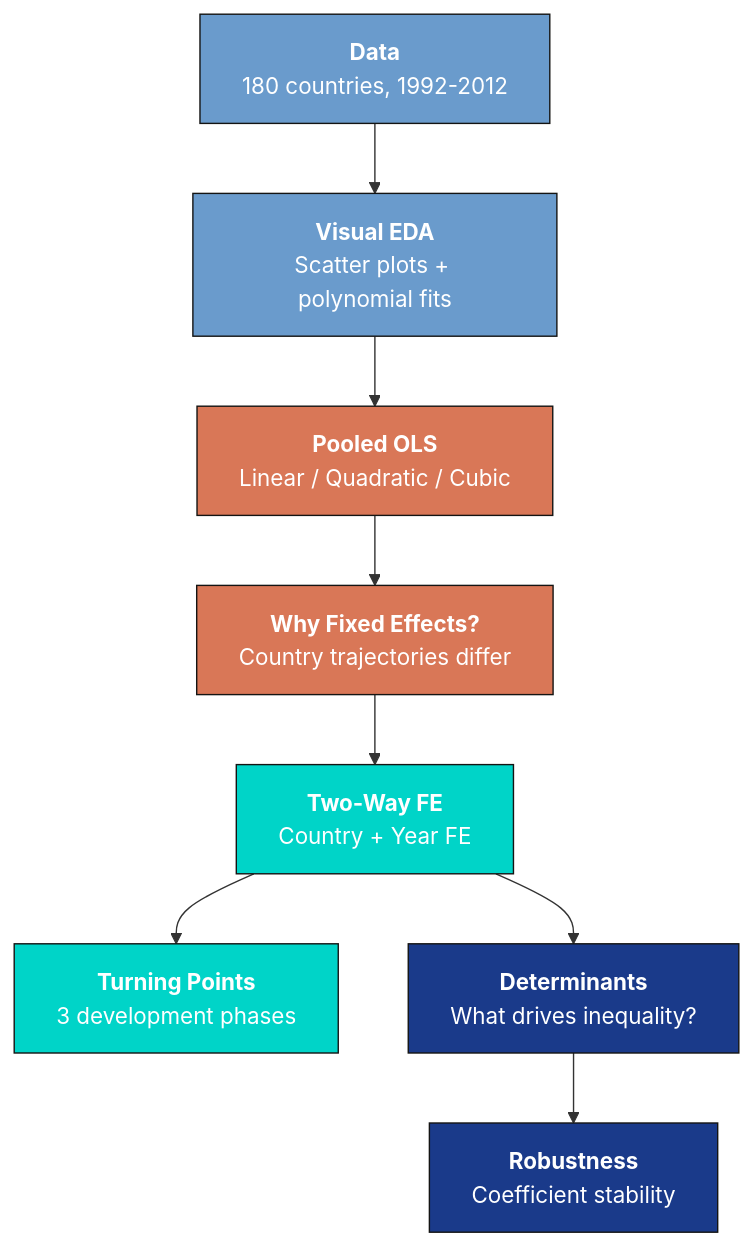
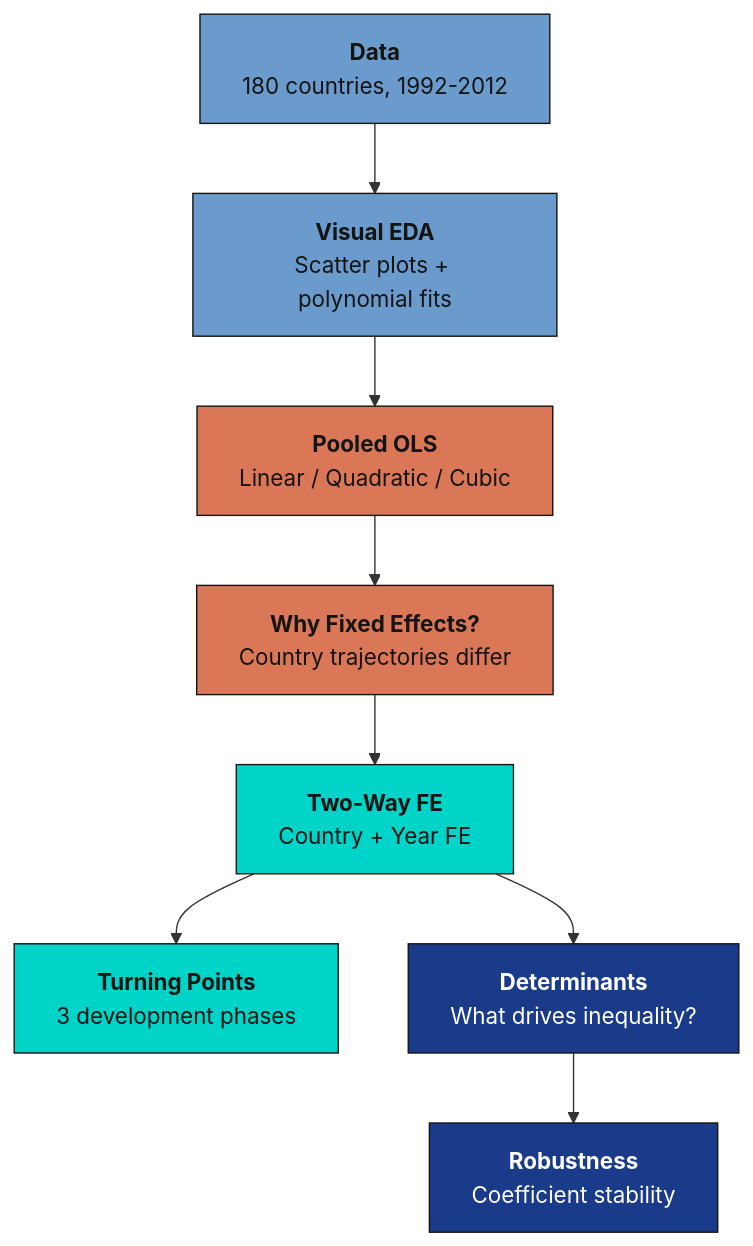
Before and after one commit to cmg777/starter-academic-v501: the diagram in content/post/python_fe_kuznets/index.md, drawn with Mermaid. The commit also changed 67 other files, not shown here.

First line of the commit message:
fix(mermaid): readable diagram text in both themes across the site

````diff
--- a/content/post/python_fe_kuznets/index.md
+++ b/content/post/python_fe_kuznets/index.md
@@ -85,18 +85,18 @@
 ```mermaid
 graph TD
     A["<b>Data</b><br/>180 countries, 1992-2012"] --> B["<b>Visual EDA</b><br/>Scatter plots + polynomial fits"]
     B --> C["<b>Pooled OLS</b><br/>Linear / Quadratic / Cubic"]
     C --> D["<b>Why Fixed Effects?</b><br/>Country trajectories differ"]
     D --> E["<b>Two-Way FE</b><br/>Country + Year FE"]
     E --> F["<b>Turning Points</b><br/>3 development phases"]
     E --> G["<b>Determinants</b><br/>What drives inequality?"]
     G --> H["<b>Robustness</b><br/>Coefficient stability"]
-    style A fill:#6a9bcc,stroke:#141413,color:#fff
-    style B fill:#6a9bcc,stroke:#141413,color:#fff
-    style C fill:#d97757,stroke:#141413,color:#fff
-    style D fill:#d97757,stroke:#141413,color:#fff
-    style E fill:#00d4c8,stroke:#141413,color:#fff
-    style F fill:#00d4c8,stroke:#141413,color:#fff
+    style A fill:#6a9bcc,stroke:#141413,color:#141413
+    style B fill:#6a9bcc,stroke:#141413,color:#141413
+    style C fill:#d97757,stroke:#141413,color:#141413
+    style D fill:#d97757,stroke:#141413,color:#141413
+    style E fill:#00d4c8,stroke:#141413,color:#141413
+    style F fill:#00d4c8,stroke:#141413,color:#141413
     style G fill:#1a3a8a,stroke:#141413,color:#fff
     style H fill:#1a3a8a,stroke:#141413,color:#fff
 ```
````
